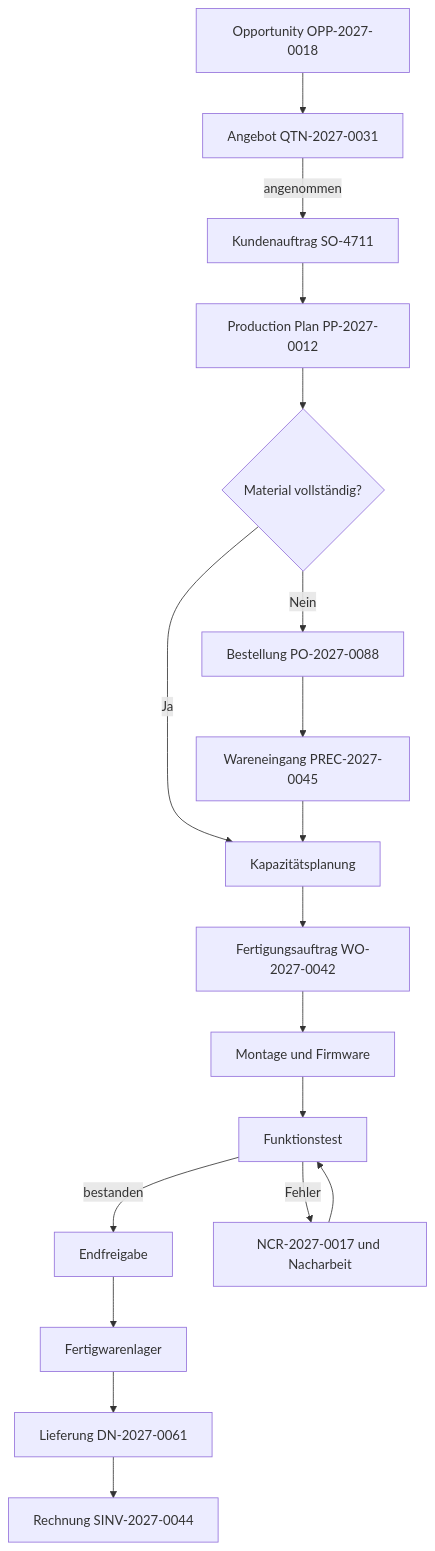
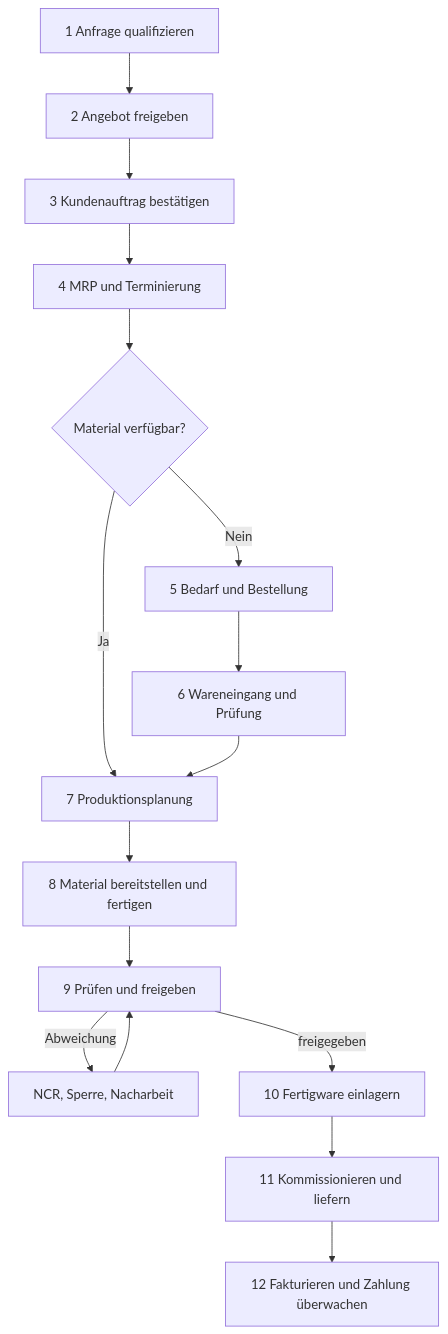
One commit to BasKjell/ERP_Eigenbau changed the first of 2 diagrams in docs/processes/order-to-cash/overview.md. Above: the diagram before and after it, drawn with Mermaid. The commit also changed other lines of this file and 247 other files, not shown here.

````diff
--- a/docs/processes/order-to-cash/overview.md
+++ b/docs/processes/order-to-cash/overview.md
@@ -15,20 +26,18 @@
 ```mermaid
 flowchart TD
-  A[Opportunity OPP-2027-0018] --> B[Angebot QTN-2027-0031]
-  B -->|angenommen| C[Kundenauftrag SO-4711]
-  C --> D[Production Plan PP-2027-0012]
-  D --> E{Material vollständig?}
-  E -->|Nein| F[Bestellung PO-2027-0088]
-  F --> G[Wareneingang PREC-2027-0045]
-  E -->|Ja| H[Kapazitätsplanung]
+  A[1 Anfrage qualifizieren] --> B[2 Angebot freigeben]
+  B --> C[3 Kundenauftrag bestätigen]
+  C --> D[4 MRP und Terminierung]
+  D --> E{Material verfügbar?}
+  E -->|Nein| F[5 Bedarf und Bestellung]
+  F --> G[6 Wareneingang und Prüfung]
+  E -->|Ja| H[7 Produktionsplanung]
   G --> H
-  H --> I[Fertigungsauftrag WO-2027-0042]
-  I --> J[Montage und Firmware]
-  J --> K[Funktionstest]
-  K -->|bestanden| L[Endfreigabe]
-  K -->|Fehler| M[NCR-2027-0017 und Nacharbeit]
-  M --> K
-  L --> N[Fertigwarenlager]
-  N --> O[Lieferung DN-2027-0061]
-  O --> P[Rechnung SINV-2027-0044]
+  H --> I[8 Material bereitstellen und fertigen]
+  I --> J[9 Prüfen und freigeben]
+  J -->|Abweichung| K[NCR, Sperre, Nacharbeit]
+  K --> J
+  J -->|freigegeben| L[10 Fertigware einlagern]
+  L --> M[11 Kommissionieren und liefern]
+  M --> N[12 Fakturieren und Zahlung überwachen]
 ```
````
